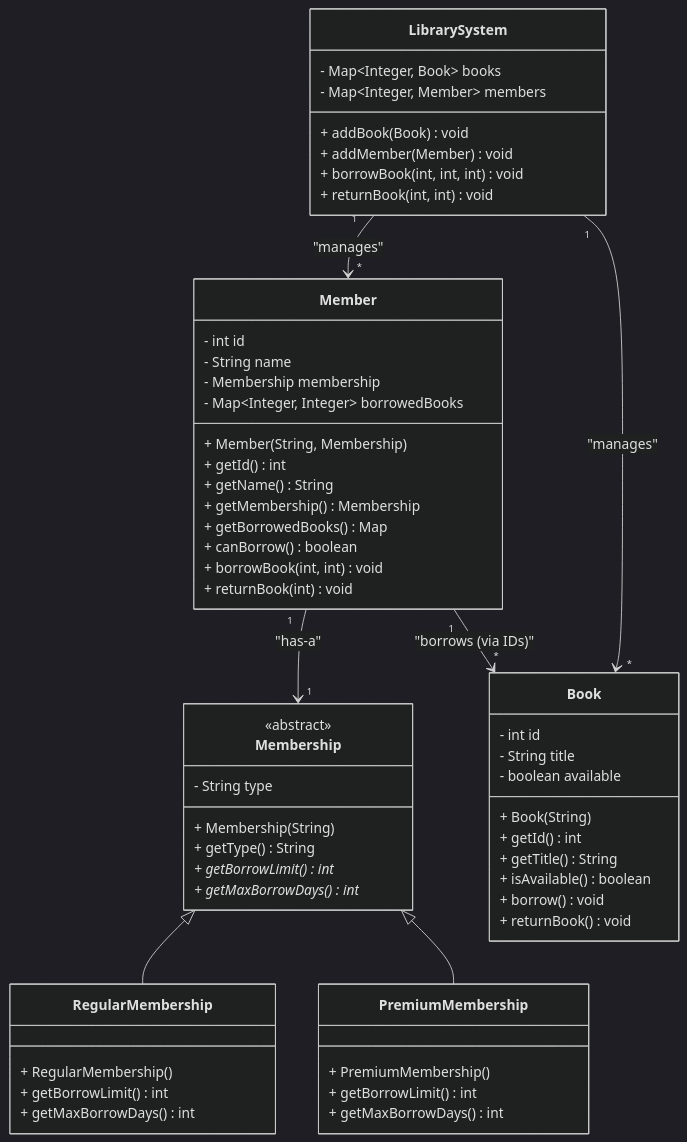
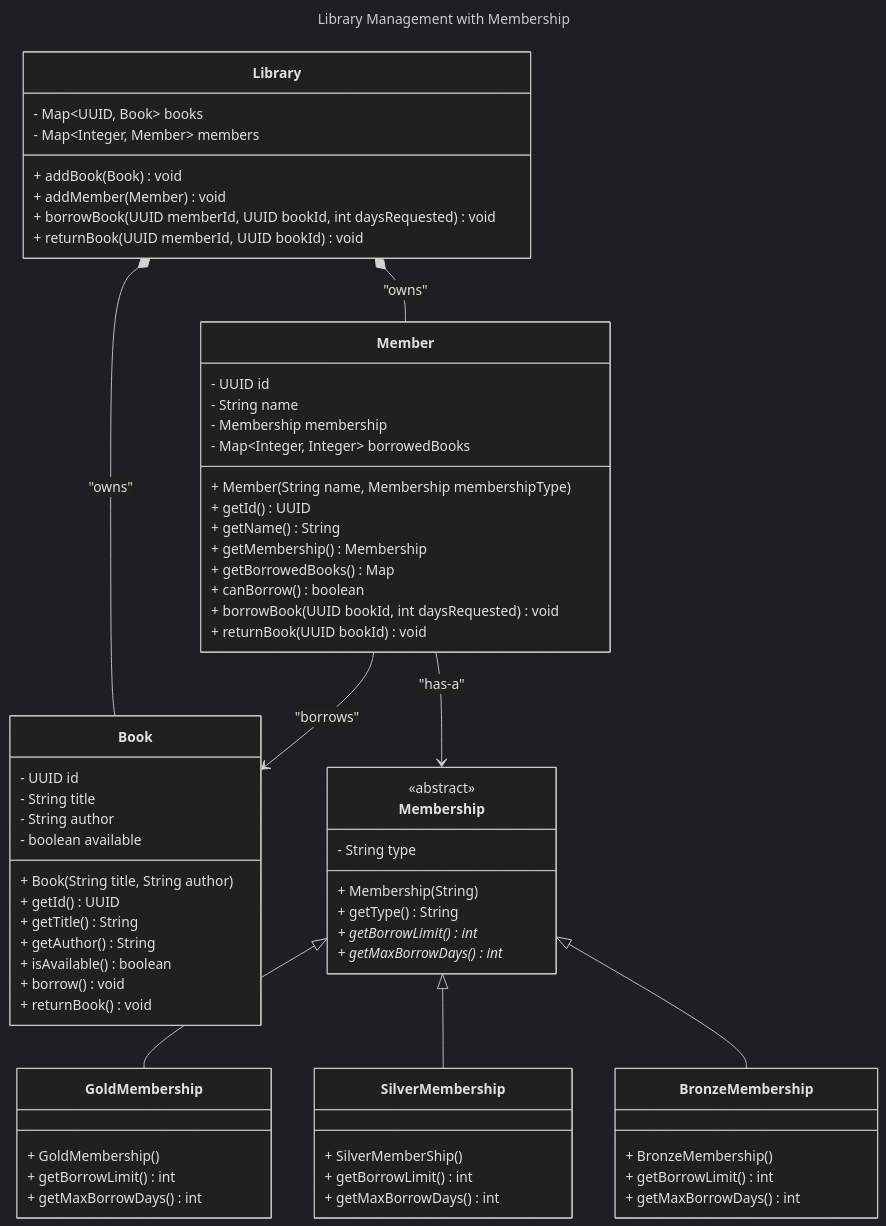
Before and after one commit to srimani-ravikumar/interview-prep: the diagram in OOP/2_Problems_Solving_Using_OOP/Medium/Library_Membership_System/LibraryMembershipSystem.md, drawn with Mermaid (dark theme). The commit also changed 3 other files, not shown here.

Commit message:
code review and mermaid class diagram relationship correction

````diff
--- a/OOP/2_Problems_Solving_Using_OOP/Medium/Library_Membership_System/LibraryMembershipSystem.md
+++ b/OOP/2_Problems_Solving_Using_OOP/Medium/Library_Membership_System/LibraryMembershipSystem.md
@@ -1,73 +1,78 @@
 ```mermaid
-
+---
+title: Library Management with Membership
+---
 classDiagram
     direction TB
-
+    class Library {
+        - Map~UUID, Book~ books
+        - Map~Integer, Member~ members
+        + addBook(Book) void
+        + addMember(Member) void
+        + borrowBook(UUID memberId, UUID bookId, int daysRequested) void
+        + returnBook(UUID memberId, UUID bookId) void
+    }
+    class Book {
+        - UUID id
+        - String title
+        - String author
+        - boolean available
+        + Book(String title, String author)
+        + getId() UUID
+        + getTitle() String
+        + getAuthor() String
+        + isAvailable() boolean
+        + borrow() void
+        + returnBook() void
+    }
+    class Member {
+        - UUID id
+        - String name
+        - Membership membership
+        - Map~Integer, Integer~ borrowedBooks
+        + Member(String name, Membership membershipType)
+        + getId() UUID
+        + getName() String
+        + getMembership() Membership
+        + getBorrowedBooks() Map
+        + canBorrow() boolean
+        + borrowBook(UUID bookId, int daysRequested) void
+        + returnBook(UUID bookId) void
+    }
     class Membership {
         <<abstract>>
         - String type
         + Membership(String)
         + getType() String
         + getBorrowLimit() int*
         + getMaxBorrowDays() int*
     }
-
-    class RegularMembership {
-        + RegularMembership()
+    class GoldMembership {
+        + GoldMembership()
         + getBorrowLimit() int
         + getMaxBorrowDays() int
     }
-
-    class PremiumMembership {
-        + PremiumMembership()
+    class SilverMembership {
+        + SilverMemberShip()
         + getBorrowLimit() int
         + getMaxBorrowDays() int
     }
+    class BronzeMembership {
+        + BronzeMembership()
+        + getBorrowLimit() int
+        + getMaxBorrowDays() int
+    }        
 
-    class Book {
-        - int id
-        - String title
-        - boolean available
-        + Book(String)
-        + getId() int
-        + getTitle() String
-        + isAvailable() boolean
-        + borrow() void
-        + returnBook() void
-    }
+     %% Inheritance
+    Membership <|-- GoldMembership
+    Membership <|-- SilverMembership
+    Membership <|-- BronzeMembership
 
-    class Member {
-        - int id
-        - String name
-        - Membership membership
-        - Map~Integer, Integer~ borrowedBooks
-        + Member(String, Membership)
-        + getId() int
-        + getName() String
-        + getMembership() Membership
-        + getBorrowedBooks() Map
-        + canBorrow() boolean
-        + borrowBook(int, int) void
-        + returnBook(int) void
-    }
+    %% Composition
+    Library *-- Book : "owns"
+    Library *-- Member : "owns"
 
-    class LibrarySystem {
-        - Map~Integer, Book~ books
-        - Map~Integer, Member~ members
-        + addBook(Book) void
-        + addMember(Member) void
-        + borrowBook(int, int, int) void
-        + returnBook(int, int) void
-    }
-
-    %% Relationships
-    Membership <|-- RegularMembership
-    Membership <|-- PremiumMembership
-
-    Member "1" --> "1" Membership : "has-a"
-    LibrarySystem "1" --> "*" Book : "manages"
-    LibrarySystem "1" --> "*" Member : "manages"
-
-    Member "1" --> "*" Book : "borrows (via IDs)"
-
+    %% Associations
+    Member --> Membership : "has-a"
+    Member --> Book : "borrows"
 ```
````
